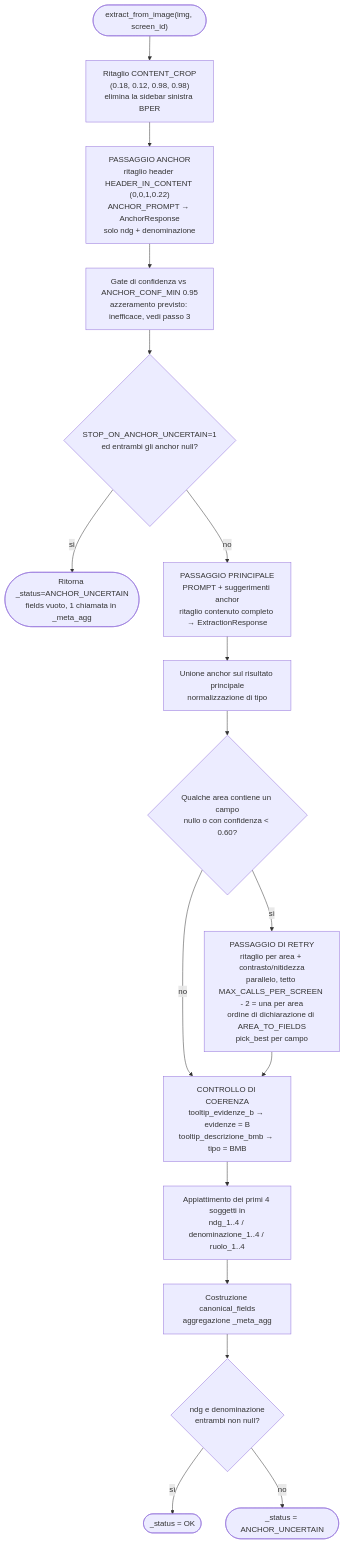
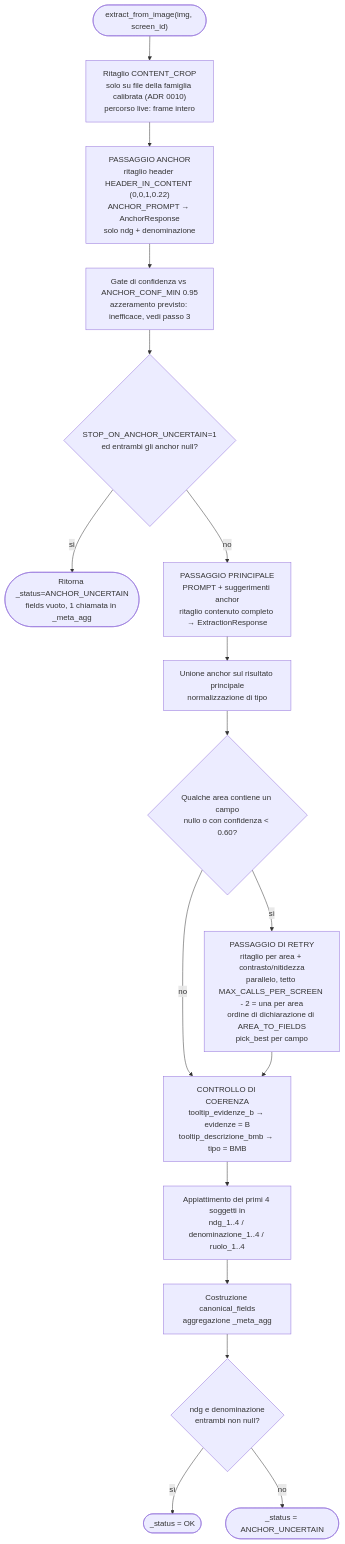
The first of 7 diagrams in docs/05-workflows.md (acaprino/MOL-BPER-OCR), drawn with Mermaid before and after one commit. The commit also changed other lines of this file and 17 other files, not shown here.

````diff
--- a/docs/05-workflows.md
+++ b/docs/05-workflows.md
@@ -15,19 +15,19 @@
 ```mermaid
 flowchart TD
-    Start(["extract_from_image(img, screen_id)"]) --> Crop["Ritaglio CONTENT_CROP<br/>(0.18, 0.12, 0.98, 0.98)<br/>elimina la sidebar sinistra BPER"]
+    Start(["extract_from_image(img, screen_id)"]) --> Crop["Ritaglio CONTENT_CROP<br/>solo su file della famiglia calibrata (ADR 0010)<br/>percorso live: frame intero"]
     Crop --> Anchor["PASSAGGIO ANCHOR<br/>ritaglio header HEADER_IN_CONTENT (0,0,1,0.22)<br/>ANCHOR_PROMPT → AnchorResponse<br/>solo ndg + denominazione"]
     Anchor --> Gate["Gate di confidenza vs ANCHOR_CONF_MIN 0.95<br/>azzeramento previsto: inefficace, vedi passo 3"]
     Gate --> StopCheck{"STOP_ON_ANCHOR_UNCERTAIN=1<br/>ed entrambi gli anchor null?"}
     StopCheck -->|sì| EarlyExit(["Ritorna _status=ANCHOR_UNCERTAIN<br/>fields vuoto, 1 chiamata in _meta_agg"])
     StopCheck -->|no| Main["PASSAGGIO PRINCIPALE<br/>PROMPT + suggerimenti anchor<br/>ritaglio contenuto completo → ExtractionResponse"]
     Main --> Merge["Unione anchor sul risultato principale<br/>normalizzazione di tipo"]
     Merge --> RetryCheck{"Qualche area contiene un campo<br/>nullo o con confidenza < 0.60?"}
     RetryCheck -->|no| Coherence
     RetryCheck -->|sì| Retry["PASSAGGIO DI RETRY<br/>ritaglio per area + contrasto/nitidezza<br/>parallelo, tetto MAX_CALLS_PER_SCREEN - 2 = una per area<br/>ordine di dichiarazione di AREA_TO_FIELDS<br/>pick_best per campo"]
     Retry --> Coherence["CONTROLLO DI COERENZA<br/>tooltip_evidenze_b → evidenze = B<br/>tooltip_descrizione_bmb → tipo = BMB"]
     Coherence --> Flatten["Appiattimento dei primi 4 soggetti in<br/>ndg_1..4 / denominazione_1..4 / ruolo_1..4"]
     Flatten --> Canonical["Costruzione canonical_fields<br/>aggregazione _meta_agg"]
     Canonical --> Status{"ndg e denominazione<br/>entrambi non null?"}
     Status -->|sì| OK(["_status = OK"])
     Status -->|no| Uncertain(["_status = ANCHOR_UNCERTAIN"])
 ```
````
